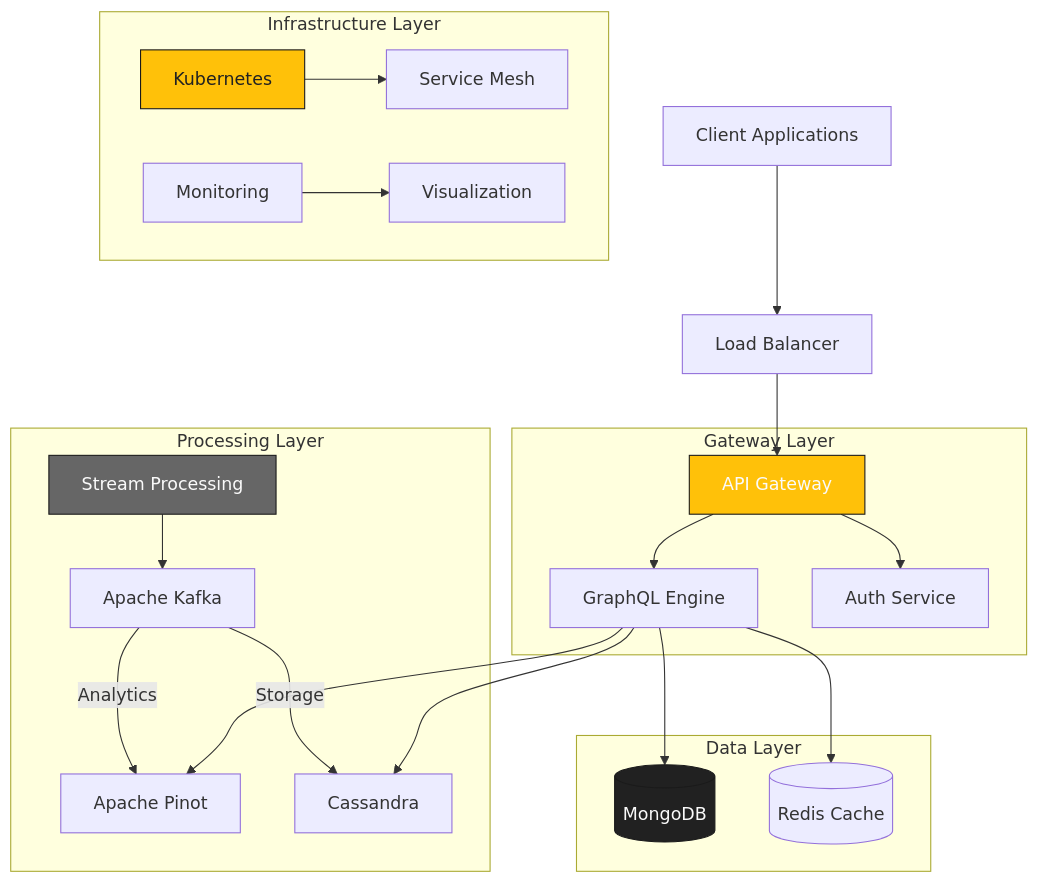
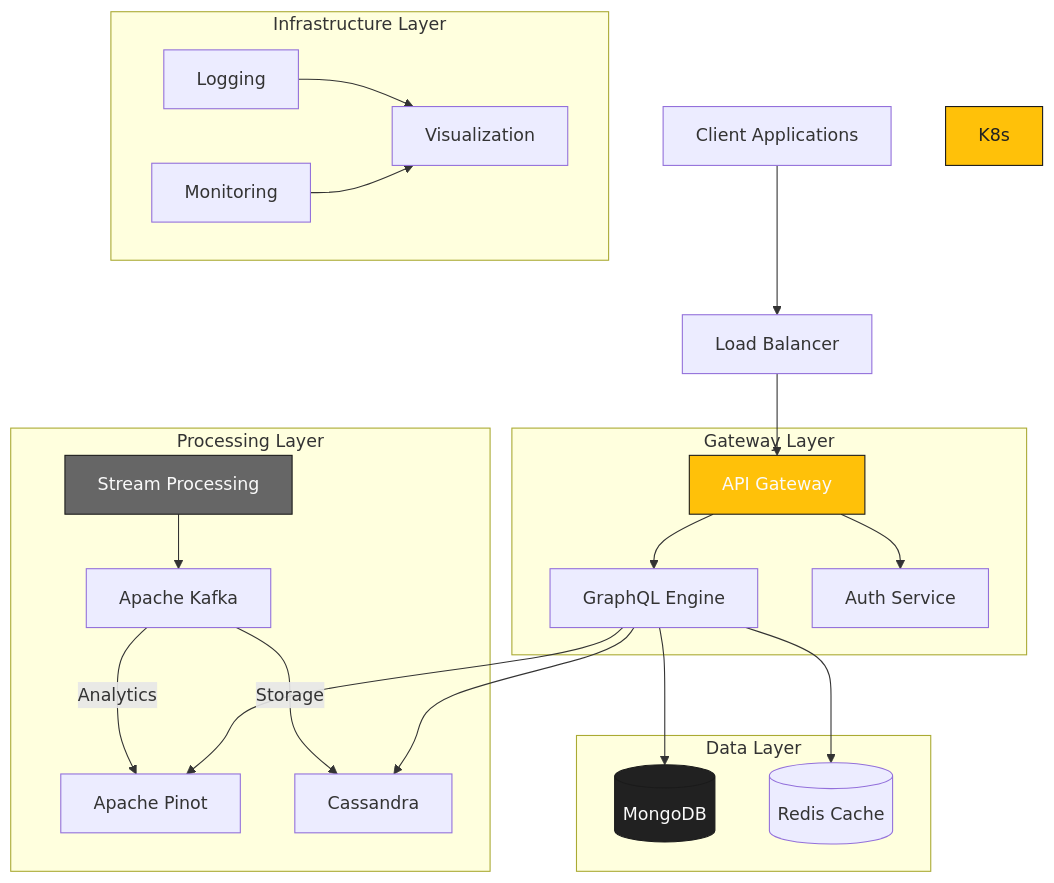
One commit to flamingo-stack/openframe-oss-tenant changed the diagram in README.md. Above: the diagram before and after it, drawn with Mermaid. The commit also changed other lines of this file, not shown here.

````diff
--- a/README.md
+++ b/README.md
@@ -59,33 +59,33 @@
 ```mermaid
 flowchart TB
     Client[Client Applications] --> LB[Load Balancer]
     LB --> Gateway[API Gateway]
     
     subgraph "Gateway Layer"
         Gateway --> GraphQL[GraphQL Engine]
         Gateway --> Auth[Auth Service]
     end
     
     subgraph "Processing Layer"
         Stream[Stream Processing] --> Kafka[Apache Kafka]
         Kafka --> |Analytics| Pinot[Apache Pinot]
         Kafka --> |Storage| Cassandra[Cassandra]
     end
     
     subgraph "Data Layer"
         GraphQL --> MongoDB[(MongoDB)]
         GraphQL --> Cassandra
         GraphQL --> Pinot
         GraphQL --> Redis[(Redis Cache)]
     end
     
     subgraph "Infrastructure Layer"
-        K8s[Kubernetes] --> Istio[Service Mesh]
+        Loki[Logging] --> Grafana[Visualization]
         Prometheus[Monitoring] --> Grafana[Visualization]
     end
     
     style Gateway fill:#FFC109,stroke:#1A1A1A,color:#FAFAFA
     style Stream fill:#666666,stroke:#1A1A1A,color:#FAFAFA
     style MongoDB fill:#212121,stroke:#1A1A1A,color:#FAFAFA
     style K8s fill:#FFC109,stroke:#1A1A1A,color:#212121
 ```
````
